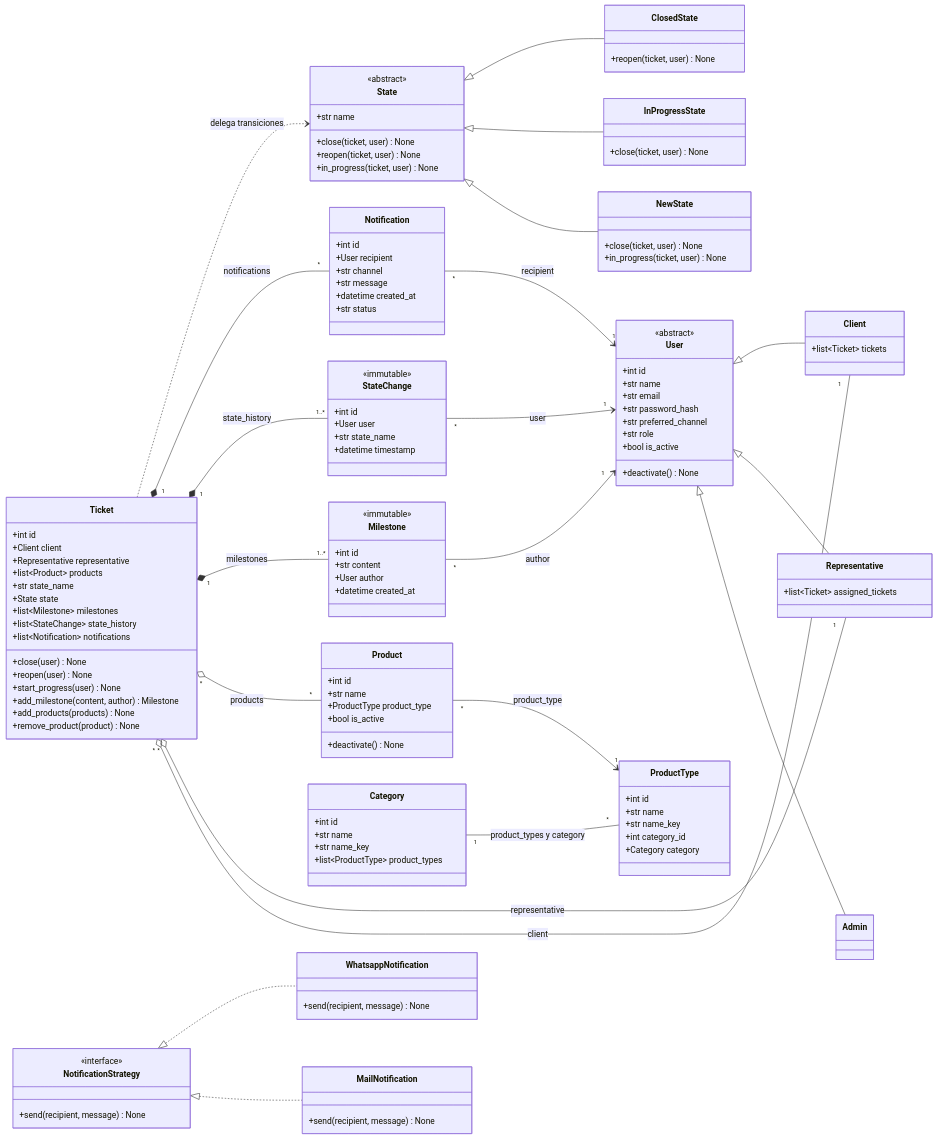
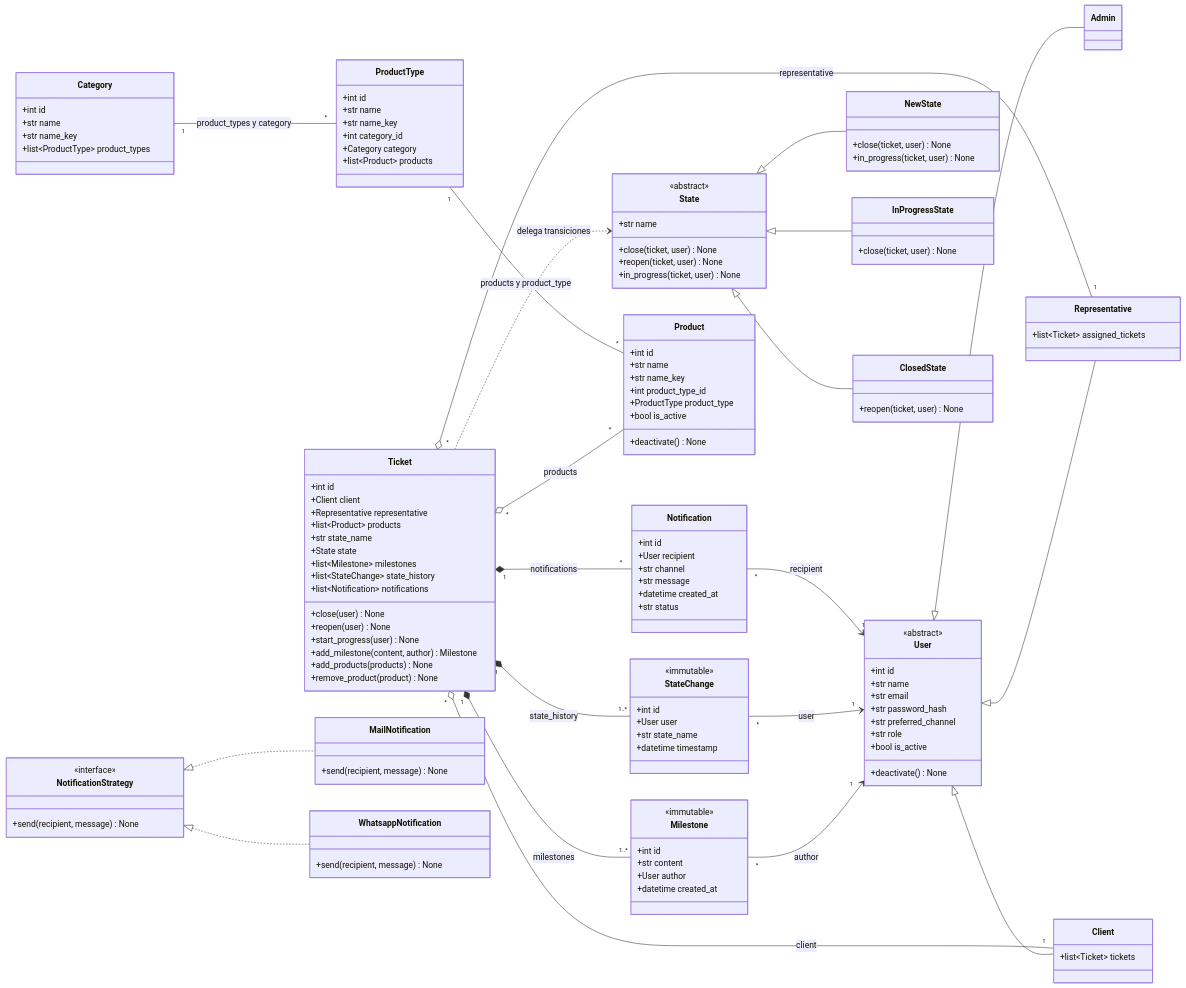
One commit to Diazfe-dev/AyED-III-python-ticket-service changed the first of 2 diagrams in diagrams/classes.md. Above: the diagram before and after it, drawn with Mermaid. The commit also changed other lines of this file and 25 other files, not shown here.

Commit message:
feat(product): add products with soft delete, filtered listings and product type delete guard

```diff
--- a/diagrams/classes.md
+++ b/diagrams/classes.md
@@ -111,16 +111,19 @@
         +str name_key
         +int category_id
         +Category category
+        +list~Product~ products
     }
     class Product {
         +int id
         +str name
+        +str name_key
+        +int product_type_id
         +ProductType product_type
         +bool is_active
         +deactivate() None
     }
     Category "1" -- "*" ProductType : product_types y category
-    Product "*" --> "1" ProductType : product_type
+    ProductType "1" -- "*" Product : products y product_type
 
     class Notification {
         +int id
```
